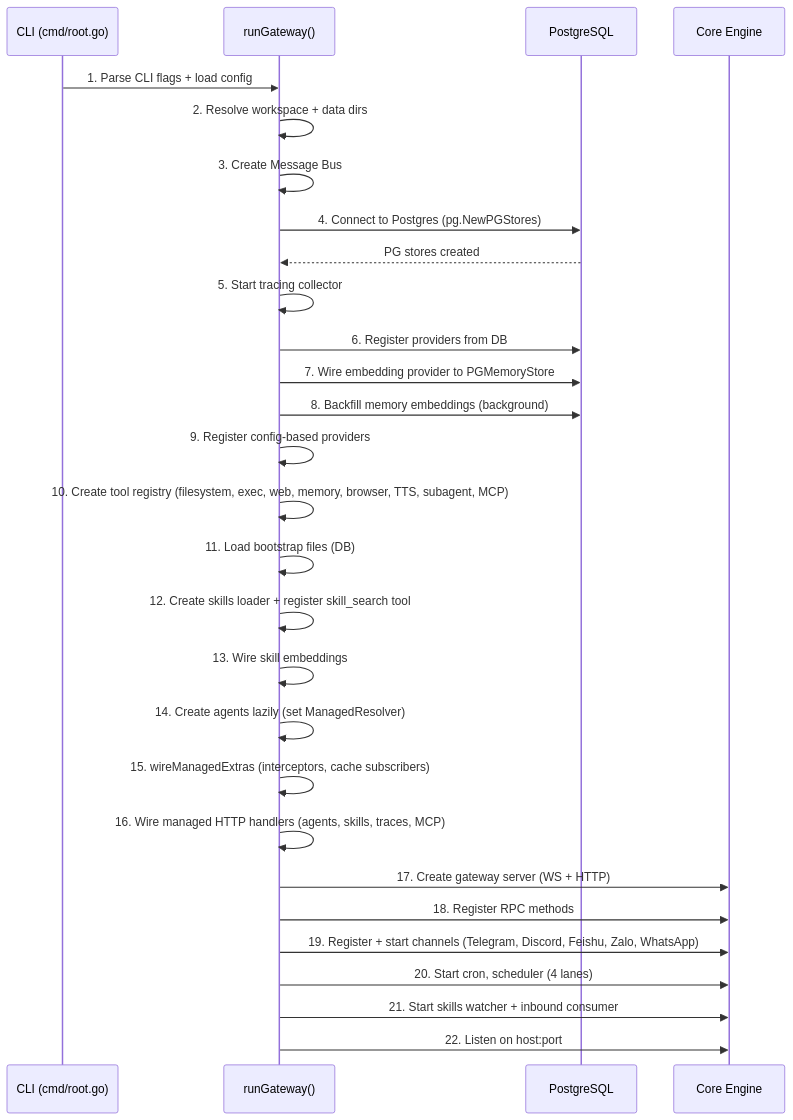
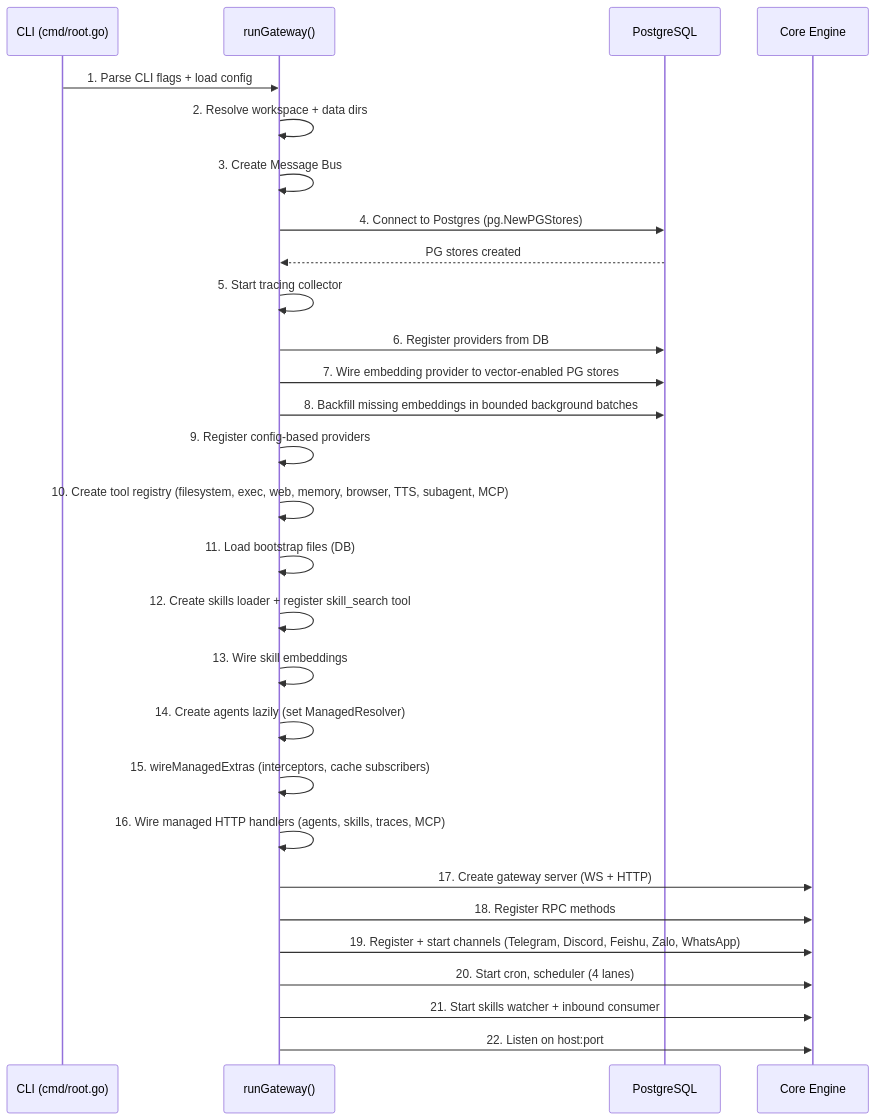
Before and after one commit to qkhalk/goclaw: the third of 6 diagrams in docs/00-architecture-overview.md, drawn with Mermaid. The commit also changed other lines of this file and 8 other files, not shown here.

Commit message:
fix: recover missing embeddings safely

````diff
--- a/docs/00-architecture-overview.md
+++ b/docs/00-architecture-overview.md
@@ -270,35 +270,35 @@
 ```mermaid
 sequenceDiagram
     participant CLI as CLI (cmd/root.go)
     participant GW as runGateway()
     participant PG as PostgreSQL
     participant Engine as Core Engine
 
     CLI->>GW: 1. Parse CLI flags + load config
     GW->>GW: 2. Resolve workspace + data dirs
     GW->>GW: 3. Create Message Bus
 
     GW->>PG: 4. Connect to Postgres (pg.NewPGStores)
     PG-->>GW: PG stores created
     GW->>GW: 5. Start tracing collector
     GW->>PG: 6. Register providers from DB
-    GW->>PG: 7. Wire embedding provider to PGMemoryStore
-    GW->>PG: 8. Backfill memory embeddings (background)
+    GW->>PG: 7. Wire embedding provider to vector-enabled PG stores
+    GW->>PG: 8. Backfill missing embeddings in bounded background batches
 
     GW->>GW: 9. Register config-based providers
     GW->>GW: 10. Create tool registry (filesystem, exec, web, memory, browser, TTS, subagent, MCP)
     GW->>GW: 11. Load bootstrap files (DB)
     GW->>GW: 12. Create skills loader + register skill_search tool
     GW->>GW: 13. Wire skill embeddings
 
     GW->>GW: 14. Create agents lazily (set ManagedResolver)
     GW->>GW: 15. wireManagedExtras (interceptors, cache subscribers)
     GW->>GW: 16. Wire managed HTTP handlers (agents, skills, traces, MCP)
 
     GW->>Engine: 17. Create gateway server (WS + HTTP)
     GW->>Engine: 18. Register RPC methods
     GW->>Engine: 19. Register + start channels (Telegram, Discord, Feishu, Zalo, WhatsApp)
     GW->>Engine: 20. Start cron, scheduler (4 lanes)
     GW->>Engine: 21. Start skills watcher + inbound consumer
     GW->>Engine: 22. Listen on host:port
 ```
````
